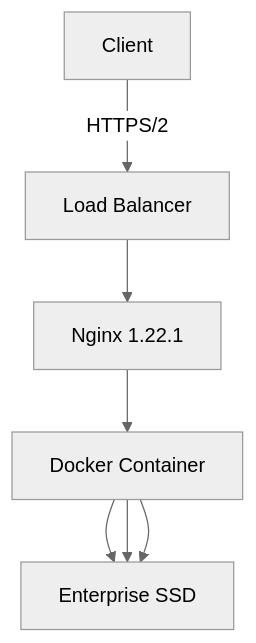
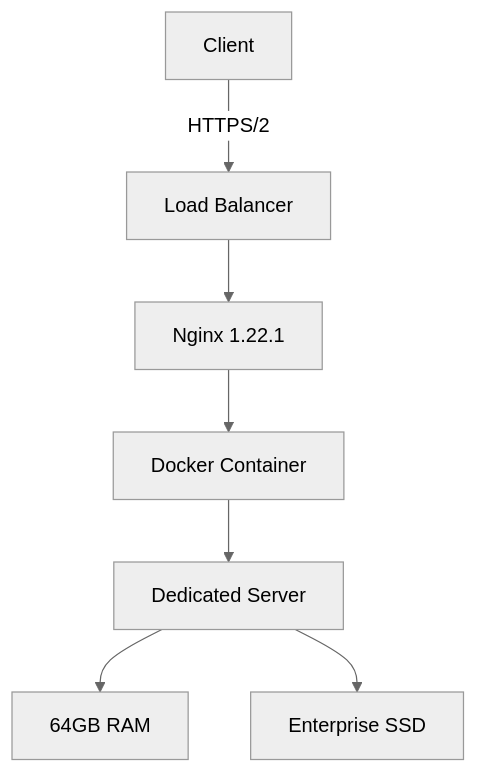
The diagram in README.md (lucaskemper/portfolio-website), drawn with Mermaid (neutral theme) before and after one commit.

````diff
--- a/README.md
+++ b/README.md
@@ -34,9 +34,9 @@
 ```mermaid
 graph TD
     A[Client] -->|HTTPS/2| B[Load Balancer]
     B --> C[Nginx 1.22.1]
     C --> D[Docker Container]
     D --> E[Dedicated Server]
-    D --> E[64GB RAM]
-    D --> E[Enterprise SSD]
+    E --> F[64GB RAM]
+    E --> G[Enterprise SSD]
 ```
````
